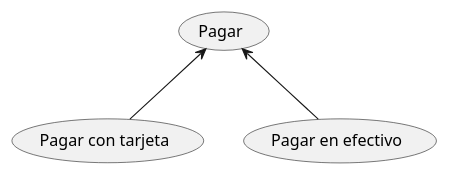
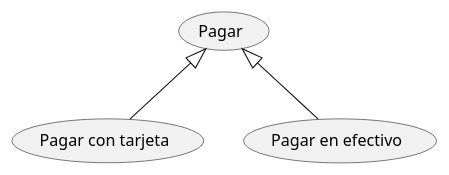
Before and after one commit to alexvc991/1--UML_clases_de_uso_AVC: the diagram in src/Cuarto diagrama.puml, drawn with PlantUML.

Commit message:
Arreglo el cuarto diagrama

```diff
--- a/src/Cuarto diagrama.puml
+++ b/src/Cuarto diagrama.puml
@@ -1,10 +1,10 @@
 @startuml
 
 (Pagar) as UC1
 (Pagar con tarjeta) as UC2
 (Pagar en efectivo) as UC3
 
-UC1 <-- UC2
-UC1 <-- UC3
+UC1 <|-- UC2
+UC1 <|-- UC3
 
 @enduml
```
